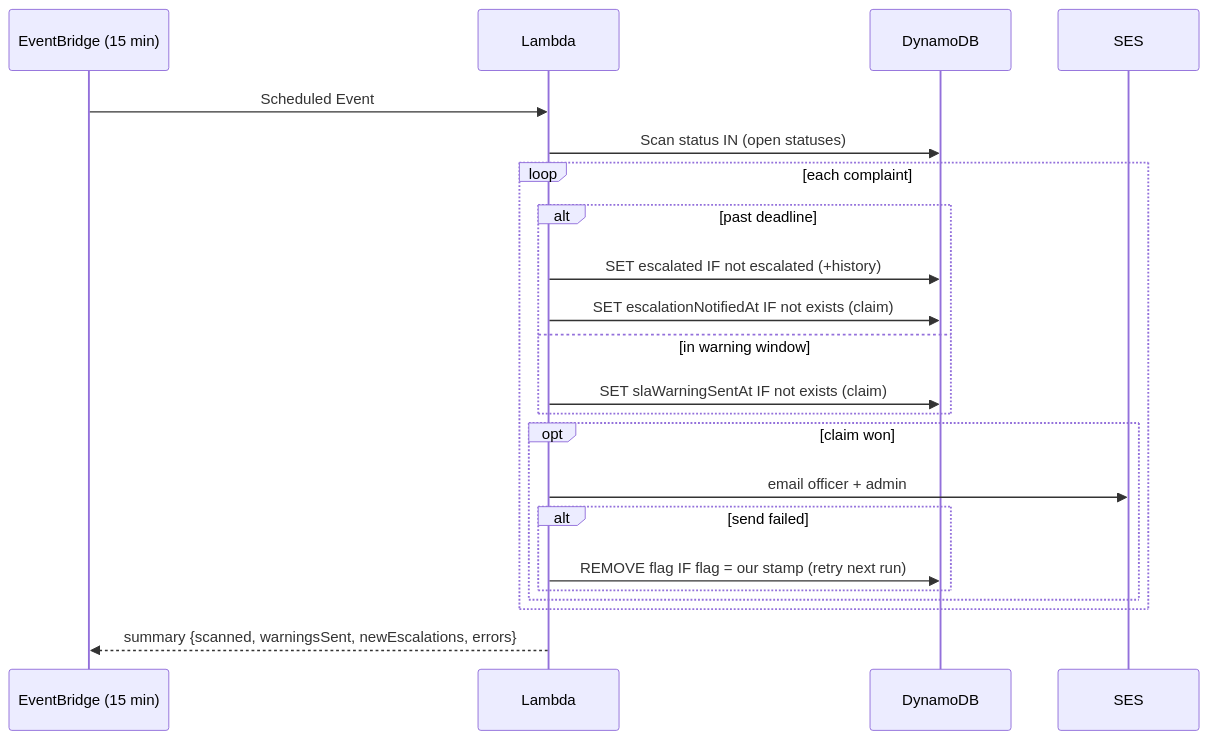
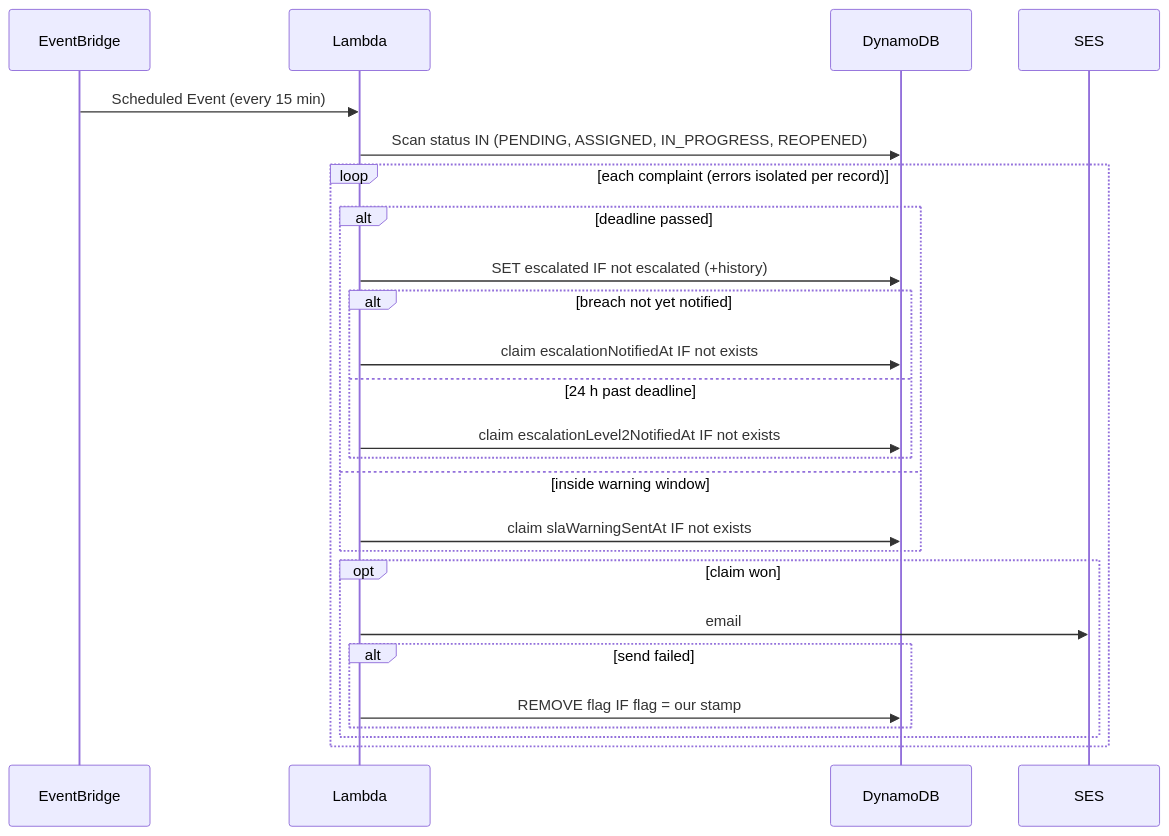
The fifth of 10 diagrams in docs/UML_DIAGRAMS.md (Yashwin2318/CivicTrack), drawn with Mermaid before and after one commit. The commit also changed other lines of this file and 58 other files, not shown here.

````diff
--- a/docs/UML_DIAGRAMS.md
+++ b/docs/UML_DIAGRAMS.md
@@ -185,24 +238,27 @@
 ```mermaid
 sequenceDiagram
-  participant EB as EventBridge (15 min)
+  participant EB as EventBridge
   participant L as Lambda
   participant DB as DynamoDB
   participant SES
-  EB->>L: Scheduled Event
-  L->>DB: Scan status IN (open statuses)
-  loop each complaint
-    alt past deadline
+  EB->>L: Scheduled Event (every 15 min)
+  L->>DB: Scan status IN (PENDING, ASSIGNED, IN_PROGRESS, REOPENED)
+  loop each complaint (errors isolated per record)
+    alt deadline passed
       L->>DB: SET escalated IF not escalated (+history)
-      L->>DB: SET escalationNotifiedAt IF not exists (claim)
-    else in warning window
-      L->>DB: SET slaWarningSentAt IF not exists (claim)
+      alt breach not yet notified
+        L->>DB: claim escalationNotifiedAt IF not exists
+      else 24 h past deadline
+        L->>DB: claim escalationLevel2NotifiedAt IF not exists
+      end
+    else inside warning window
+      L->>DB: claim slaWarningSentAt IF not exists
     end
     opt claim won
-      L->>SES: email officer + admin
+      L->>SES: email
       alt send failed
-        L->>DB: REMOVE flag IF flag = our stamp (retry next run)
+        L->>DB: REMOVE flag IF flag = our stamp
       end
     end
   end
-  L-->>EB: summary {scanned, warningsSent, newEscalations, errors}
 ```
````
